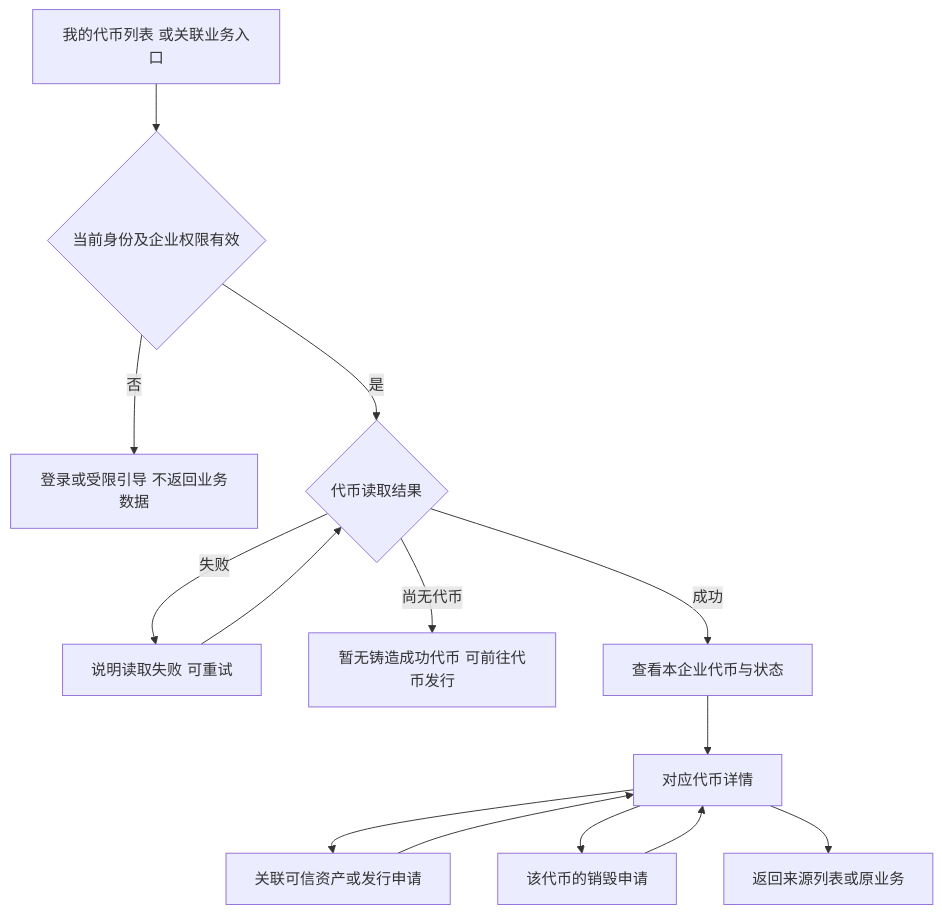
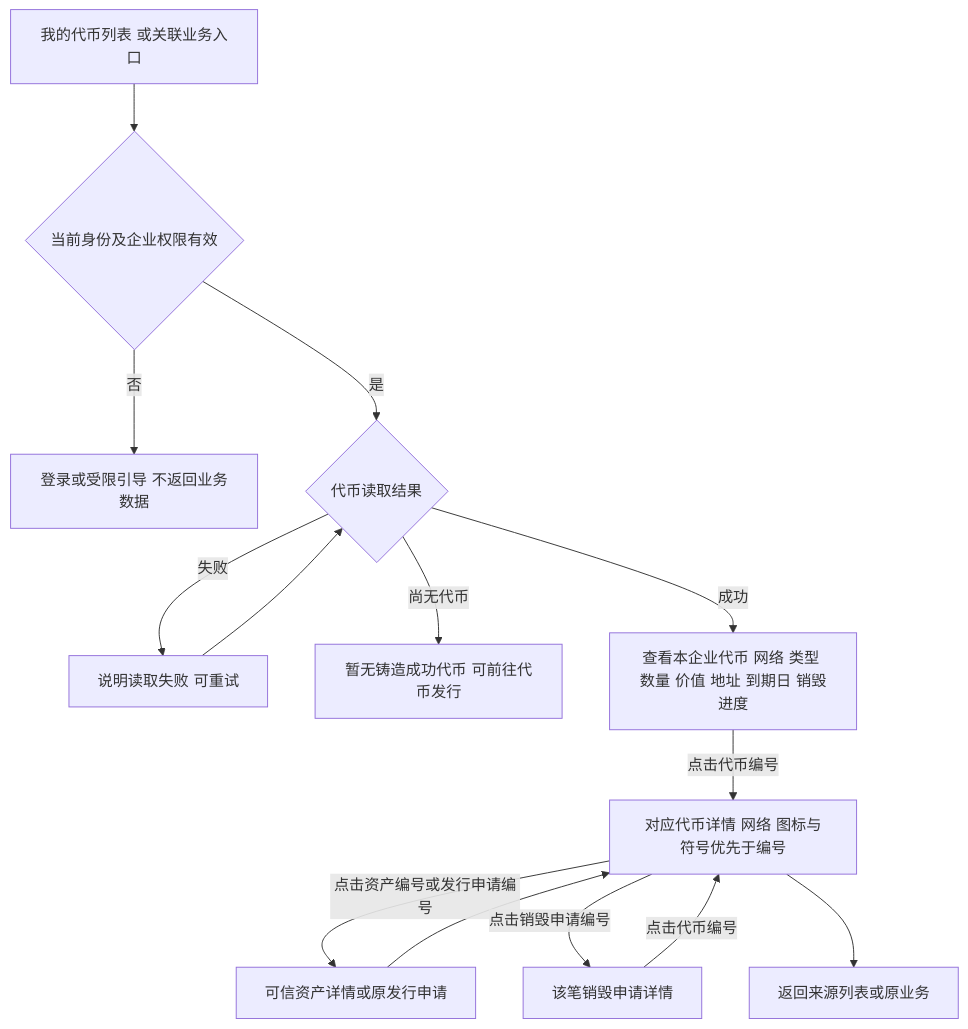
Before and after one commit to wxblockchain/Chain-Financing: the first of 4 diagrams in token-issuance-platform/PRD/面客端/M4a-我的代币与销毁申请/02-我的代币与销毁申请-流程图与状态机.md, drawn with Mermaid. The commit also changed other lines of this file and 4 other files, not shown here.

````diff
--- a/token-issuance-platform/PRD/面客端/M4a-我的代币与销毁申请/02-我的代币与销毁申请-流程图与状态机.md
+++ b/token-issuance-platform/PRD/面客端/M4a-我的代币与销毁申请/02-我的代币与销毁申请-流程图与状态机.md
@@ -17,16 +17,16 @@
 ```mermaid
 flowchart TD
     A[我的代币列表 或关联业务入口] --> B{当前身份及企业权限有效}
     B -->|否| C[登录或受限引导 不返回业务数据]
     B -->|是| D{代币读取结果}
     D -->|失败| E[说明读取失败 可重试]
     E --> D
     D -->|尚无代币| F[暂无铸造成功代币 可前往代币发行]
-    D -->|成功| G[查看本企业代币与状态]
-    G --> H[对应代币详情]
-    H --> I[关联可信资产或发行申请]
+    D -->|成功| G[查看本企业代币 网络 类型 数量 价值 地址 到期日 销毁进度]
+    G -->|点击代币编号| H[对应代币详情 网络 图标与符号优先于编号]
+    H -->|点击资产编号或发行申请编号| I[可信资产详情或原发行申请]
     I --> H
-    H --> J[该代币的销毁申请]
-    J --> H
+    H -->|点击销毁申请编号| J[该笔销毁申请详情]
+    J -->|点击代币编号| H
     H --> K[返回来源列表或原业务]
 ```
````
